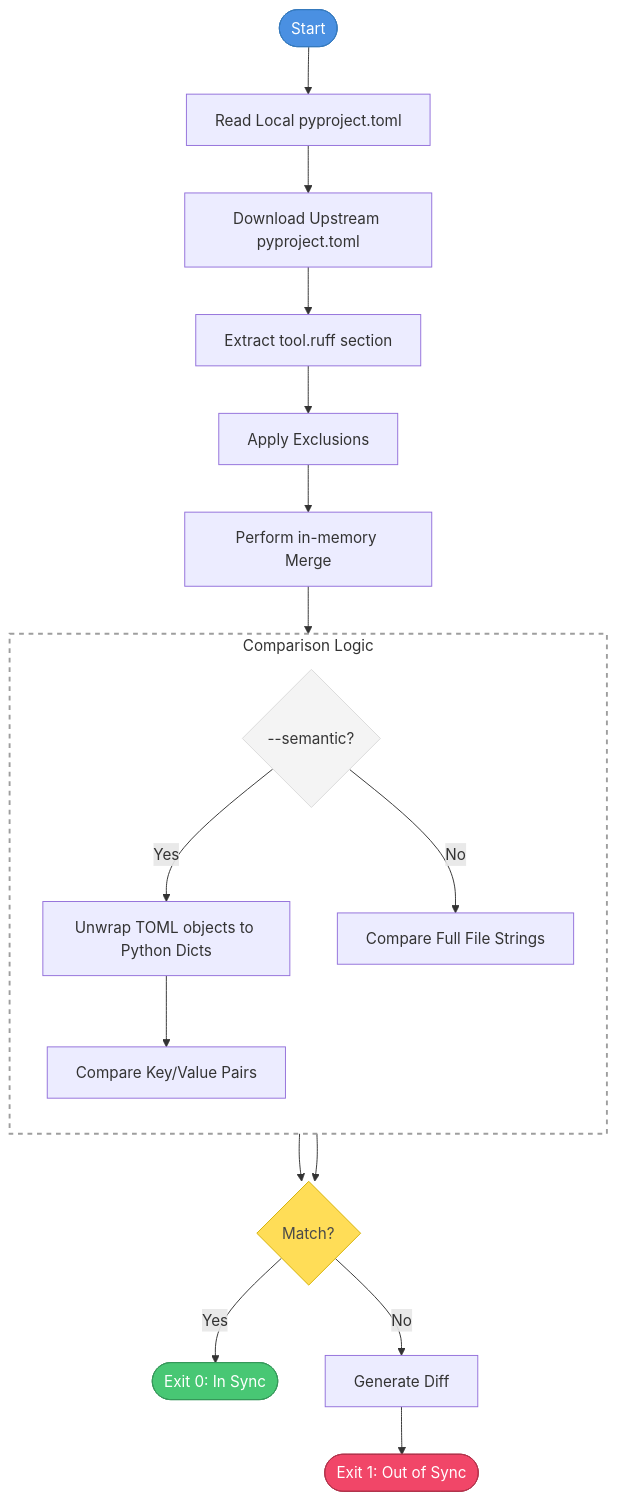
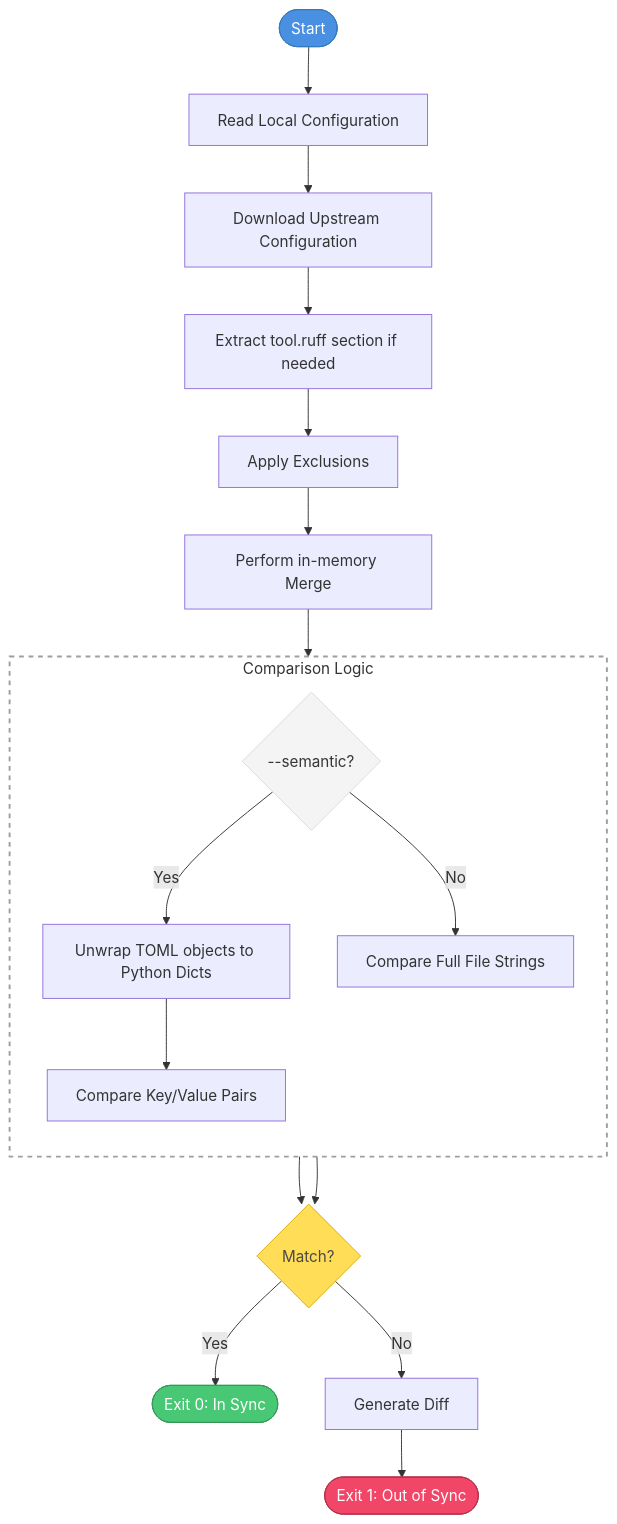
The diagram in README.md (Kilo59/ruff-sync), drawn with Mermaid before and after one commit. The commit also changed other lines of this file and 9 other files, not shown here.

````diff
--- a/README.md
+++ b/README.md
@@ -267,33 +268,33 @@
 ```mermaid
 flowchart TD
-    Start([Start]) --> Local[Read Local pyproject.toml]
-    Local --> Upstream[Download Upstream pyproject.toml]
-    Upstream --> Extract[Extract tool.ruff section]
+    Start([Start]) --> Local[Read Local Configuration]
+    Local --> Upstream[Download Upstream Configuration]
+    Upstream --> Extract[Extract tool.ruff section if needed]
     Extract --> Exclude[Apply Exclusions]
     Exclude --> Merge[Perform in-memory Merge]
 
     subgraph Comparison [Comparison Logic]
         direction TB
         SemanticNode{--semantic?}
         SemanticNode -- Yes --> Unwrap[Unwrap TOML objects to Python Dicts]
         Unwrap --> CompareVal[Compare Key/Value Pairs]
         SemanticNode -- No --> CompareFull[Compare Full File Strings]
     end
 
     Merge --> Comparison
 
     CompareVal --> ResultNode{Match?}
     CompareFull --> ResultNode
 
     ResultNode -- Yes --> Success([Exit 0: In Sync])
     ResultNode -- No --> Diff[Generate Diff]
     Diff --> Fail([Exit 1: Out of Sync])
 
     %% Styling
     style Start fill:#4a90e2,color:#fff,stroke:#357abd
     style Success fill:#48c774,color:#fff,stroke:#36975a
     style Fail fill:#f14668,color:#fff,stroke:#b2334b
     style ResultNode fill:#ffdd57,color:#4a4a4a,stroke:#d4b106
     style Comparison fill:none,stroke:#9e9e9e,stroke-dasharray: 5 5,stroke-width:2px
     style SemanticNode fill:#f4f4f4,color:#363636,stroke:#dbdbdb
 ```
````
